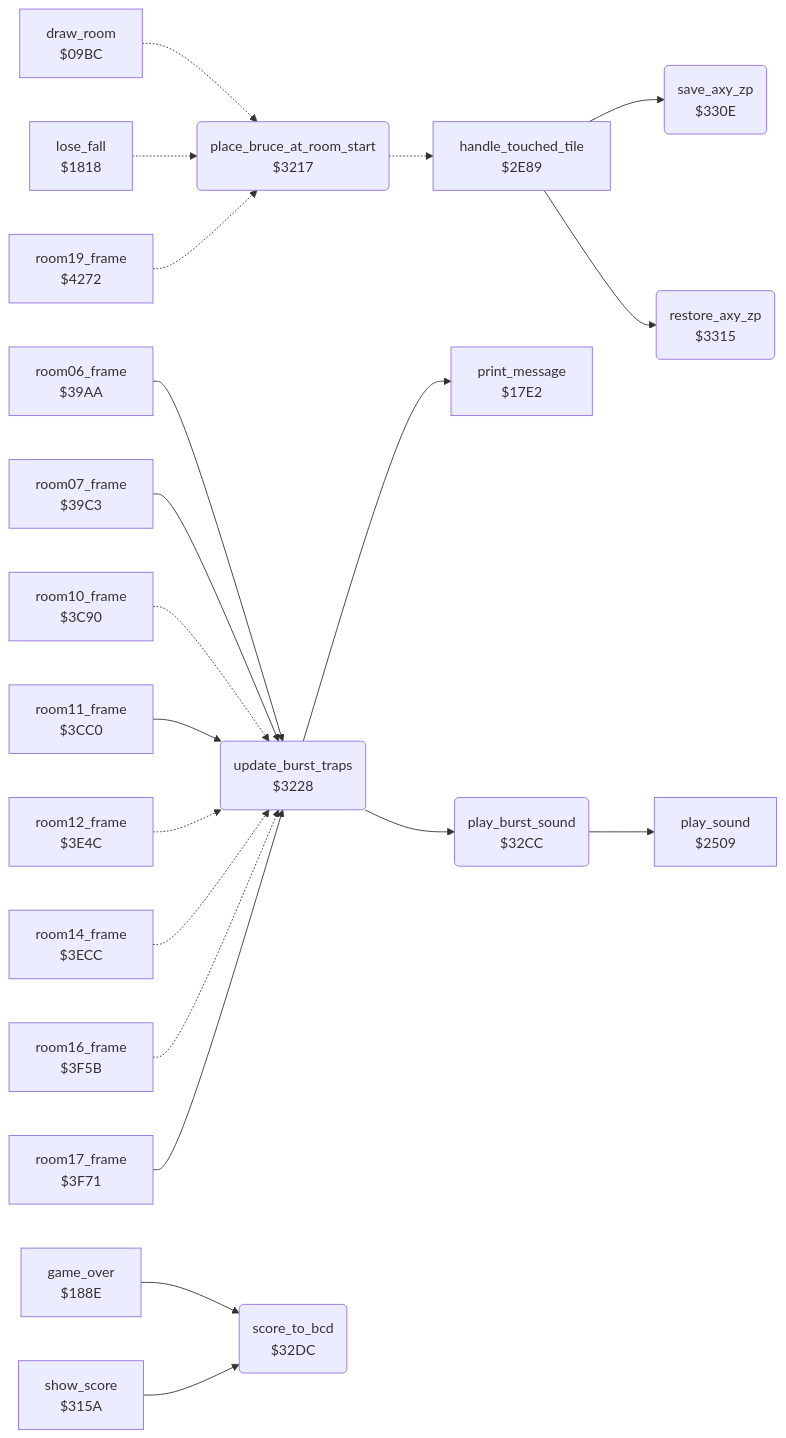
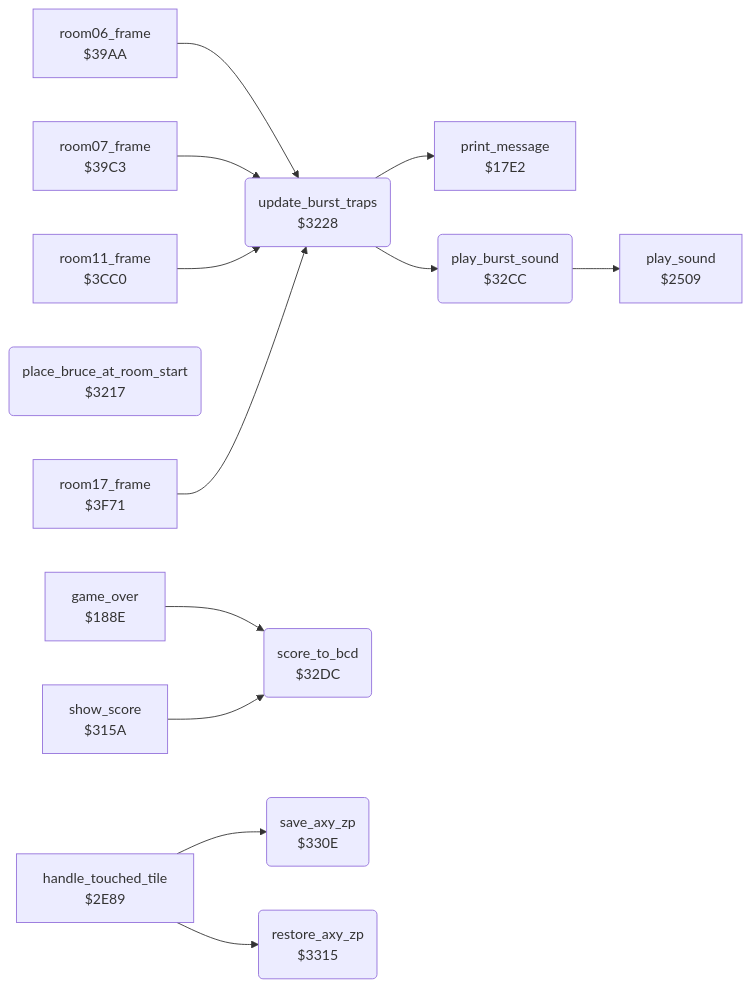
One commit to henols/c64_games changed the diagram in bruce_lee/docs/reference/modules/room/room_misc_support.md. Above: the diagram before and after it, drawn with Mermaid. The commit also changed other lines of this file and 236 other files, not shown here.

````diff
--- a/bruce_lee/docs/reference/modules/room/room_misc_support.md
+++ b/bruce_lee/docs/reference/modules/room/room_misc_support.md
@@ -10,44 +21,29 @@
 ```mermaid
 flowchart LR
-  n09bc["draw_room<br/>$09BC"]
   n17e2["print_message<br/>$17E2"]
-  n1818["lose_fall<br/>$1818"]
   n188e["game_over<br/>$188E"]
   n2509["play_sound<br/>$2509"]
   n2e89["handle_touched_tile<br/>$2E89"]
   n315a["show_score<br/>$315A"]
   n3217("place_bruce_at_room_start<br/>$3217")
   n3228("update_burst_traps<br/>$3228")
   n32cc("play_burst_sound<br/>$32CC")
   n32dc("score_to_bcd<br/>$32DC")
   n330e("save_axy_zp<br/>$330E")
   n3315("restore_axy_zp<br/>$3315")
   n39aa["room06_frame<br/>$39AA"]
   n39c3["room07_frame<br/>$39C3"]
-  n3c90["room10_frame<br/>$3C90"]
   n3cc0["room11_frame<br/>$3CC0"]
-  n3e4c["room12_frame<br/>$3E4C"]
-  n3ecc["room14_frame<br/>$3ECC"]
-  n3f5b["room16_frame<br/>$3F5B"]
   n3f71["room17_frame<br/>$3F71"]
-  n4272["room19_frame<br/>$4272"]
-  n09bc -.-> n3217
-  n1818 -.-> n3217
   n188e --> n32dc
   n2e89 --> n330e
   n2e89 --> n3315
   n315a --> n32dc
-  n3217 -.-> n2e89
   n3228 --> n17e2
   n3228 --> n32cc
   n32cc --> n2509
   n39aa --> n3228
   n39c3 --> n3228
-  n3c90 -.-> n3228
   n3cc0 --> n3228
-  n3e4c -.-> n3228
-  n3ecc -.-> n3228
-  n3f5b -.-> n3228
   n3f71 --> n3228
-  n4272 -.-> n3217
 ```
````
